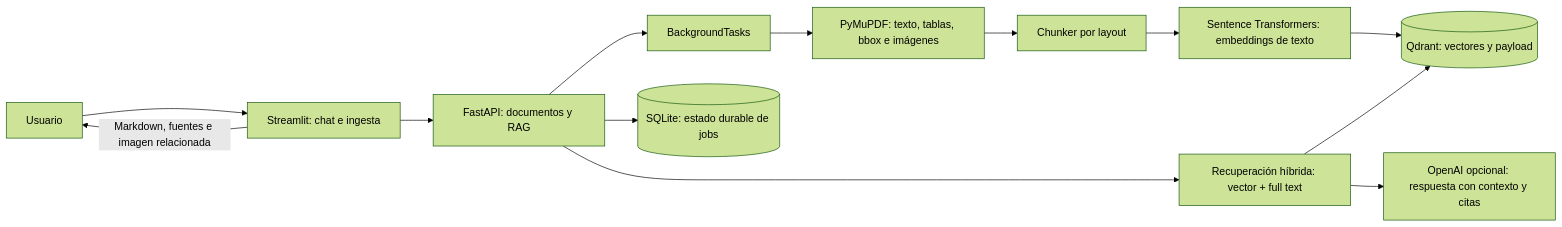
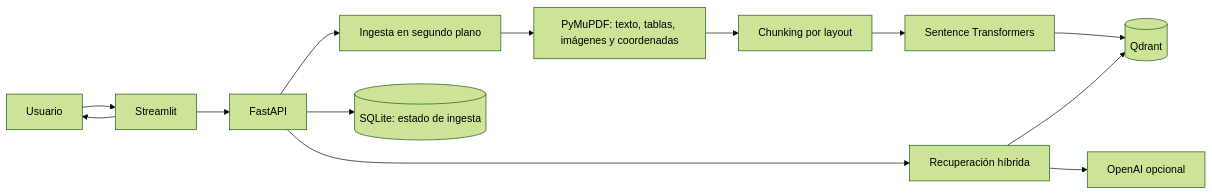
Before and after one commit to JuanHoyos329/SistemaRAGMultimodal: the diagram in README.md, drawn with Mermaid (forest theme). The commit also changed other lines of this file, not shown here.

````diff
--- a/README.md
+++ b/README.md
@@ -7,15 +18,15 @@
 ```mermaid
 flowchart LR
-    U[Usuario] --> UI[Streamlit: chat e ingesta]
-    UI --> API[FastAPI: documentos y RAG]
-    API --> JOB[BackgroundTasks]
-    JOB --> PDF[PyMuPDF: texto, tablas, bbox e imágenes]
-    PDF --> CH[Chunker por layout]
-    CH --> EMB[Sentence Transformers: embeddings de texto]
-    EMB --> Q[(Qdrant: vectores y payload)]
-    API --> SQLITE[(SQLite: estado durable de jobs)]
-    API --> RET[Recuperación híbrida: vector + full text]
+    U[Usuario] --> UI[Streamlit]
+    UI --> API[FastAPI]
+    API --> JOB[Ingesta en segundo plano]
+    JOB --> PDF[PyMuPDF: texto, tablas, imágenes y coordenadas]
+    PDF --> CH[Chunking por layout]
+    CH --> EMB[Sentence Transformers]
+    EMB --> Q[(Qdrant)]
+    API --> SQLITE[(SQLite: estado de ingesta)]
+    API --> RET[Recuperación híbrida]
     RET --> Q
-    RET --> LLM[OpenAI opcional: respuesta con contexto y citas]
-    UI -->|Markdown, fuentes e imagen relacionada| U
+    RET --> LLM[OpenAI opcional]
+    UI --> U
 ```
````
